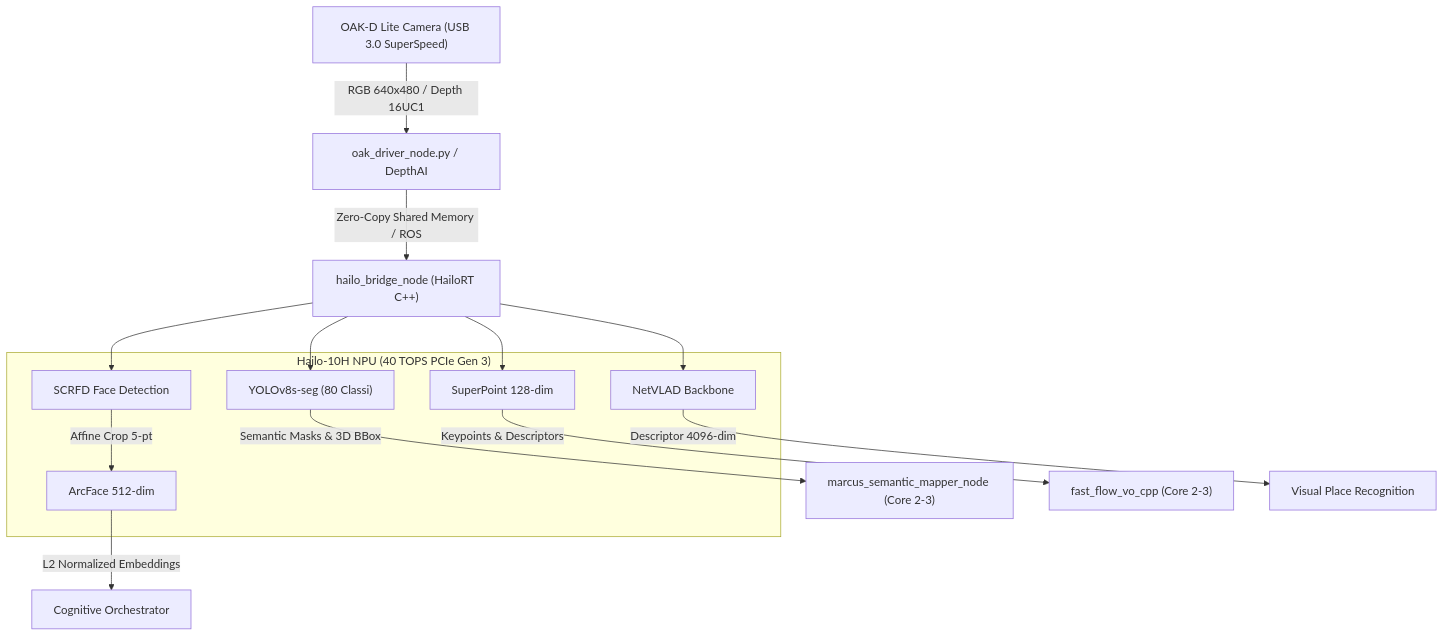
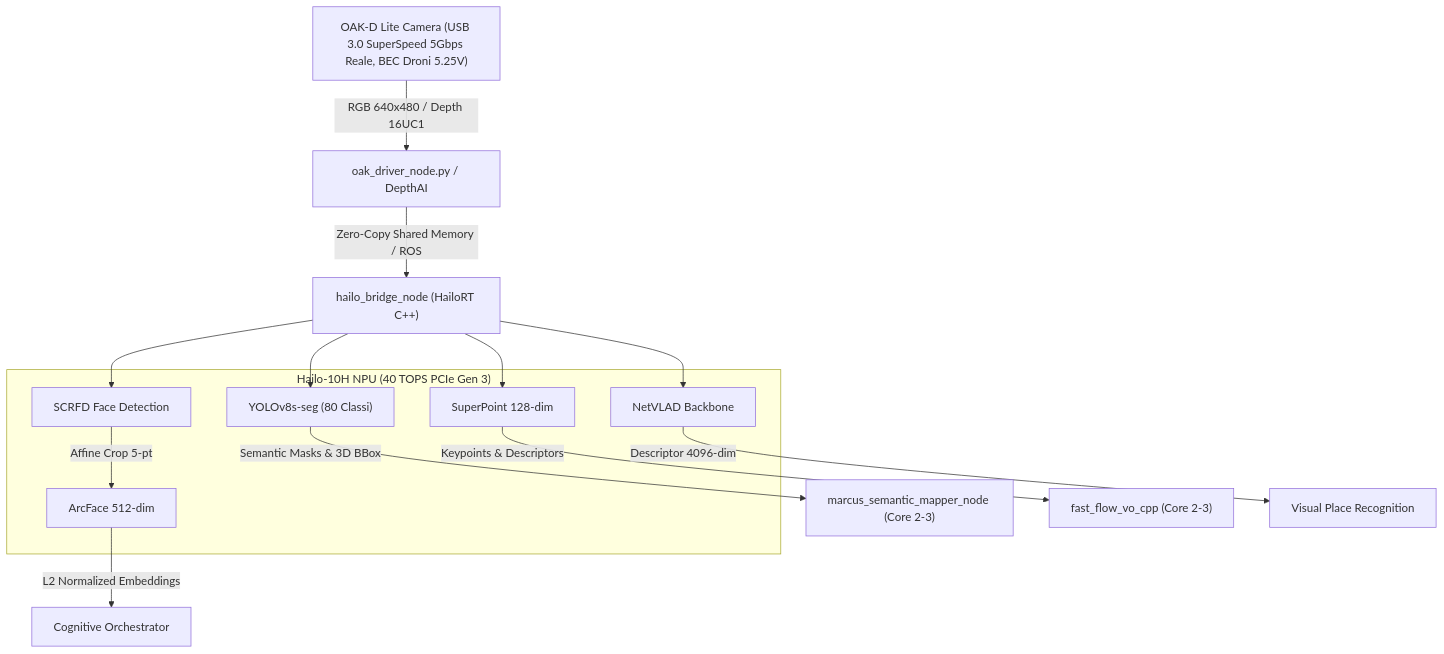
Before and after one commit to ermagoderlago/robopy_controller2: the diagram in docs/specs/SPEC-03_vision_and_hailo_npu.md, drawn with Mermaid. The commit also changed other lines of this file and 30 other files, not shown here.

````diff
--- a/docs/specs/SPEC-03_vision_and_hailo_npu.md
+++ b/docs/specs/SPEC-03_vision_and_hailo_npu.md
@@ -20,24 +20,24 @@
 ```mermaid
 graph TD
-    CAM["OAK-D Lite Camera (USB 3.0 SuperSpeed)"] -->|RGB 640x480 / Depth 16UC1| OAK["oak_driver_node.py / DepthAI"]
+    CAM["OAK-D Lite Camera (USB 3.0 SuperSpeed 5Gbps Reale, BEC Droni 5.25V)"] -->|RGB 640x480 / Depth 16UC1| OAK["oak_driver_node.py / DepthAI"]
     OAK -->|Zero-Copy Shared Memory / ROS| BRIDGE["hailo_bridge_node (HailoRT C++)"]
     
     subgraph "Hailo-10H NPU (40 TOPS PCIe Gen 3)"
         YOLO["YOLOv8s-seg (80 Classi)"]
         SP["SuperPoint 128-dim"]
         SCRFD["SCRFD Face Detection"]
         ARCF["ArcFace 512-dim"]
         NVLAD["NetVLAD Backbone"]
     end
     
     BRIDGE --> YOLO
     BRIDGE --> SP
     BRIDGE --> SCRFD
     SCRFD -->|Affine Crop 5-pt| ARCF
     BRIDGE --> NVLAD
     
     YOLO -->|Semantic Masks & 3D BBox| MAP["marcus_semantic_mapper_node (Core 2-3)"]
     SP -->|Keypoints & Descriptors| VIO["fast_flow_vo_cpp (Core 2-3)"]
     ARCF -->|L2 Normalized Embeddings| ORCH["Cognitive Orchestrator"]
     NVLAD -->|Descriptor 4096-dim| VPR["Visual Place Recognition"]
 ```
````
